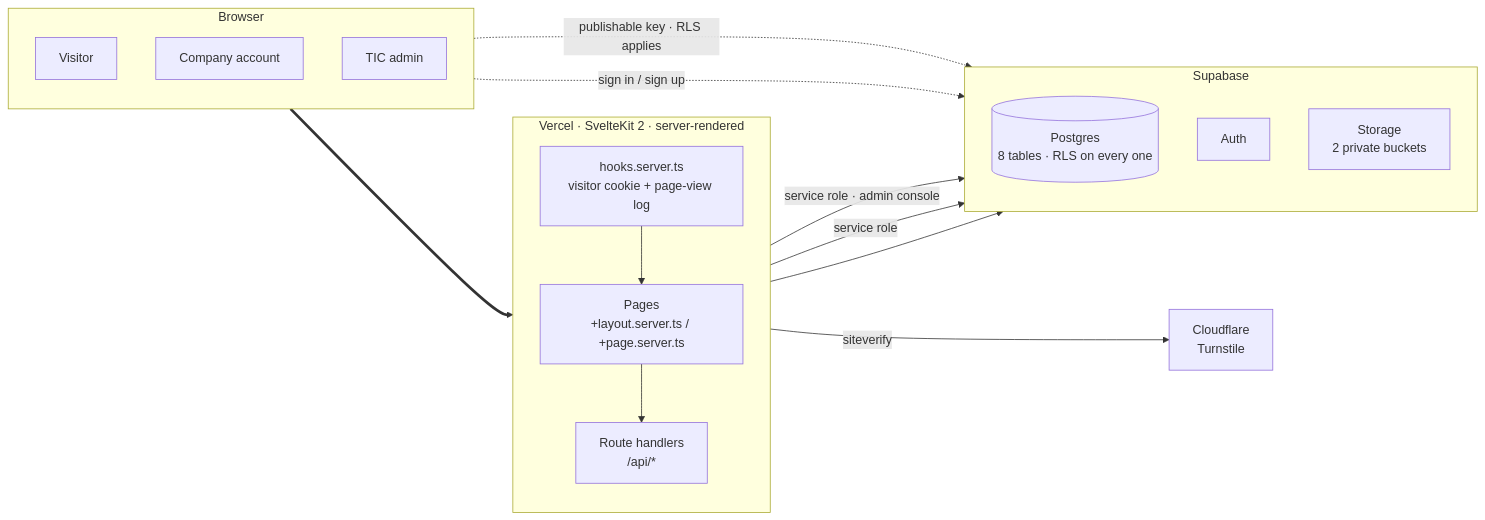
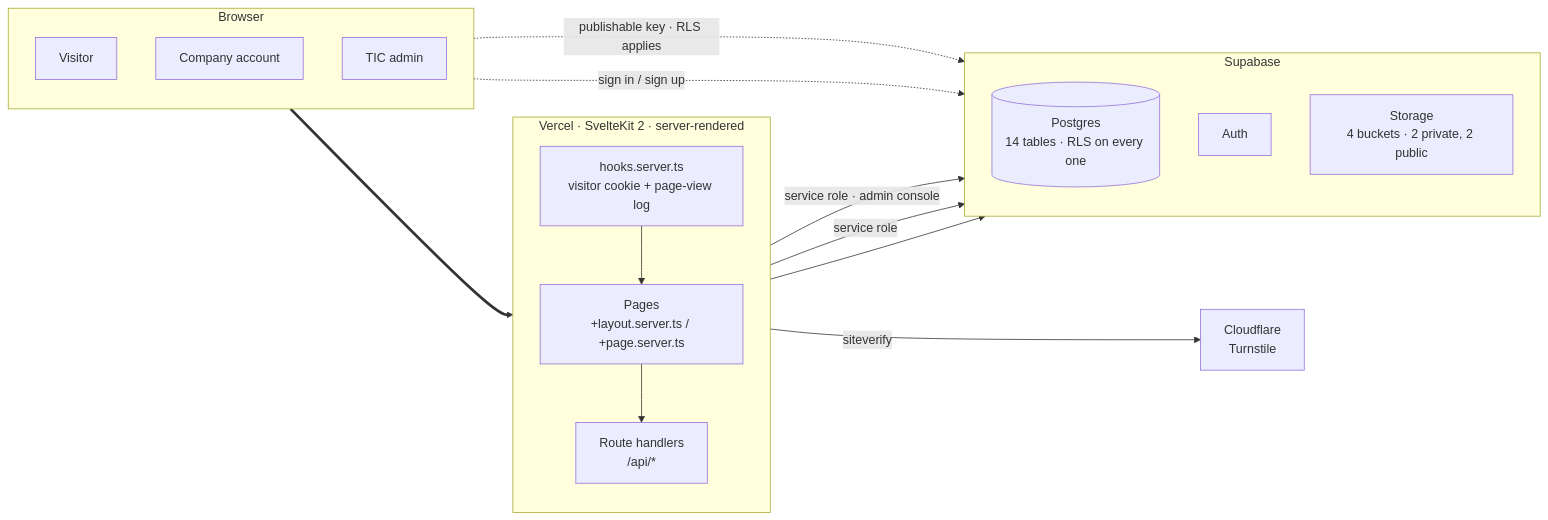
One commit to Machahary07/frontend-iitgtic changed the first of 5 diagrams in README.md. Above: the diagram before and after it, drawn with Mermaid. The commit also changed other lines of this file and 1 other file, not shown here.

First line of the commit message:
docs: update README + status page for storage/media, fix stale notes

````diff
--- a/README.md
+++ b/README.md
@@ -79,34 +80,34 @@
 ```mermaid
 flowchart LR
     subgraph CLIENT["Browser"]
         direction TB
         V["Visitor"]
         C["Company account"]
         T["TIC admin"]
     end
 
     subgraph VERCEL["Vercel · SvelteKit 2 · server-rendered"]
         direction TB
         H["hooks.server.ts<br/>visitor cookie + page-view log"]
         P["Pages<br/>+layout.server.ts / +page.server.ts"]
         R["Route handlers<br/>/api/*"]
         H --> P --> R
     end
 
     subgraph SUPA["Supabase"]
         direction TB
-        DB[("Postgres<br/>8 tables · RLS on every one")]
+        DB[("Postgres<br/>14 tables · RLS on every one")]
         AU["Auth"]
-        ST["Storage<br/>2 private buckets"]
+        ST["Storage<br/>4 buckets · 2 private, 2 public"]
     end
 
     CF["Cloudflare<br/>Turnstile"]
 
     CLIENT ==> H
     CLIENT -.->|"publishable key · RLS applies"| DB
     CLIENT -.->|"sign in / sign up"| AU
     P -->|"service role · admin console"| DB
     R -->|"service role"| DB
     R --> ST
     R -->|"siteverify"| CF
 ```
````
